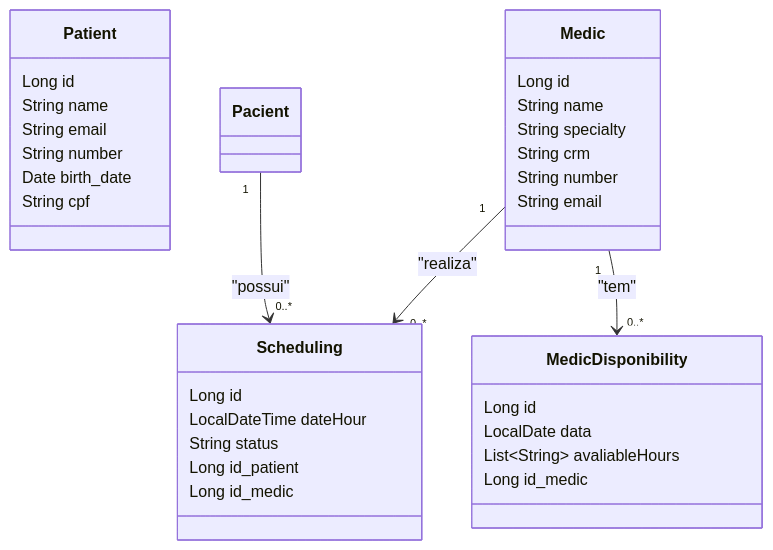
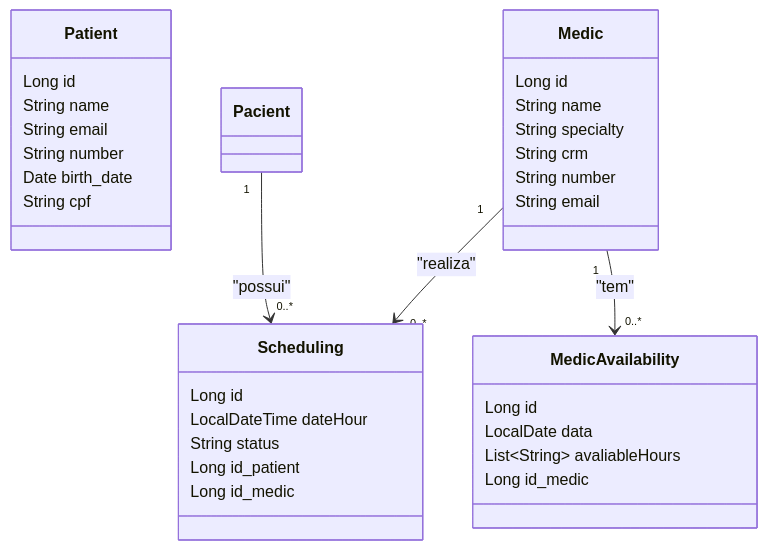
Before and after one commit to devyank1/hospital-management: the diagram in README.md, drawn with Mermaid. The commit also changed other lines of this file, not shown here.

````diff
--- a/README.md
+++ b/README.md
@@ -38,39 +38,39 @@
 ```mermaid
 classDiagram
     class Patient {
         Long id
         String name
         String email
         String number
         Date birth_date
         String cpf
     }
 
     class Medic {
         Long id
         String name
         String specialty
         String crm
         String number
         String email
     }
 
-   class MedicDisponibility {
+   class MedicAvailability {
         Long id
         LocalDate data
         List~String~ avaliableHours
         Long id_medic
     }
 
     class Scheduling {
         Long id
         LocalDateTime dateHour
         String status
         Long id_patient
         Long id_medic
     }
 
     Pacient "1" --> "0..*" Scheduling : "possui"
     Medic "1" --> "0..*" Scheduling : "realiza"
-    Medic "1" --> "0..*" MedicDisponibility : "tem"
+    Medic "1" --> "0..*" MedicAvailability : "tem"
 ```
````
